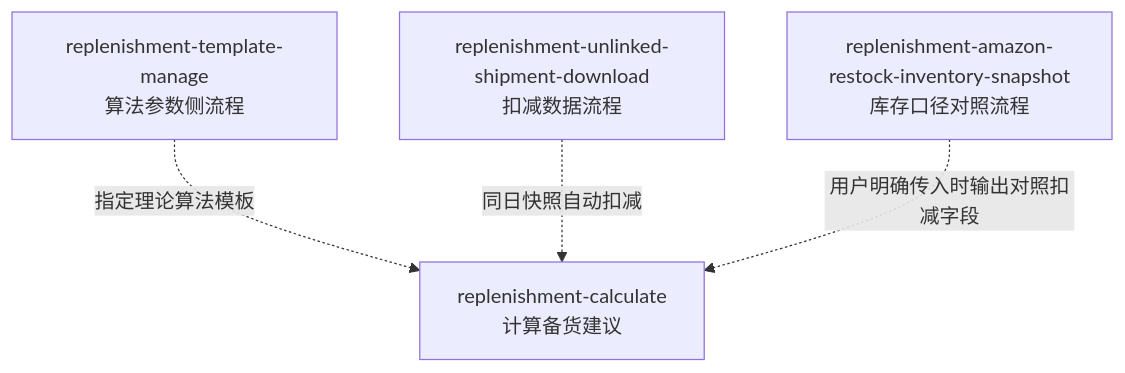
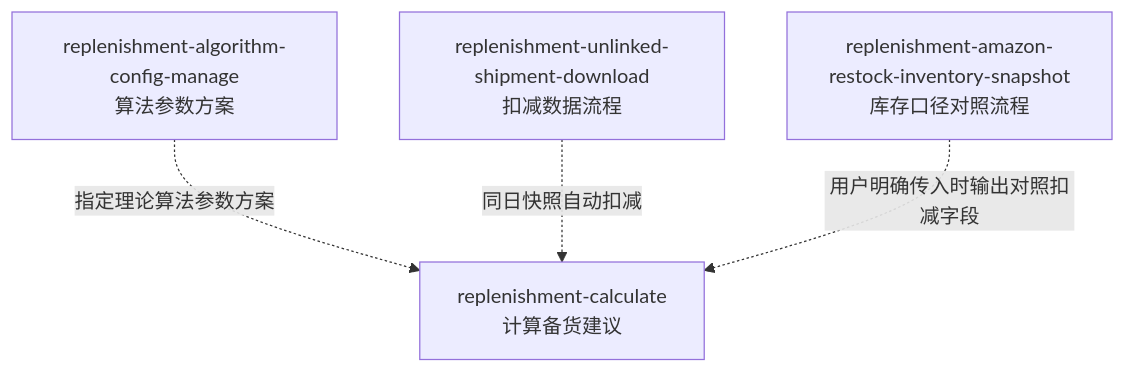
The second of 2 diagrams in skills/replenishment-workflow-map/SKILL.md (LXE123/LXE_AGENT), drawn with Mermaid before and after one commit. The commit also changed other lines of this file and 14 other files, not shown here.

First line of the commit message:
feat(mabang): rename replenishment templates to algorithm configs

````diff
--- a/skills/replenishment-workflow-map/SKILL.md
+++ b/skills/replenishment-workflow-map/SKILL.md
@@ -24,6 +24,6 @@
 ```mermaid
 flowchart TD
-  G["replenishment-template-manage<br/>算法参数侧流程"] -. "指定理论算法模板" .-> F["replenishment-calculate<br/>计算备货建议"]
+  G["replenishment-algorithm-config-manage<br/>算法参数方案"] -. "指定理论算法参数方案" .-> F["replenishment-calculate<br/>计算备货建议"]
   E["replenishment-unlinked-shipment-download<br/>扣减数据流程"] -. "同日快照自动扣减" .-> F
   H["replenishment-amazon-restock-inventory-snapshot<br/>库存口径对照流程"] -. "用户明确传入时输出对照扣减字段" .-> F
 ```
````
